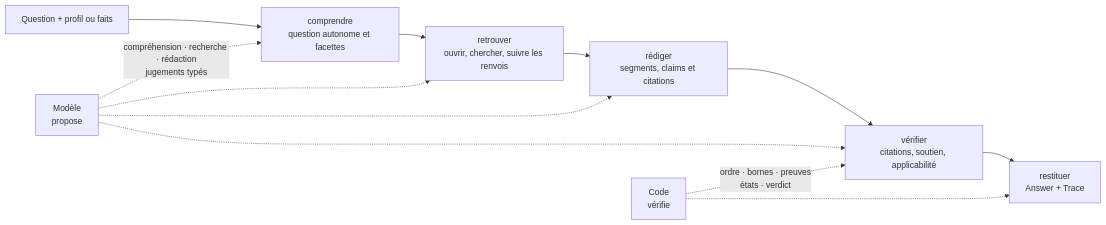
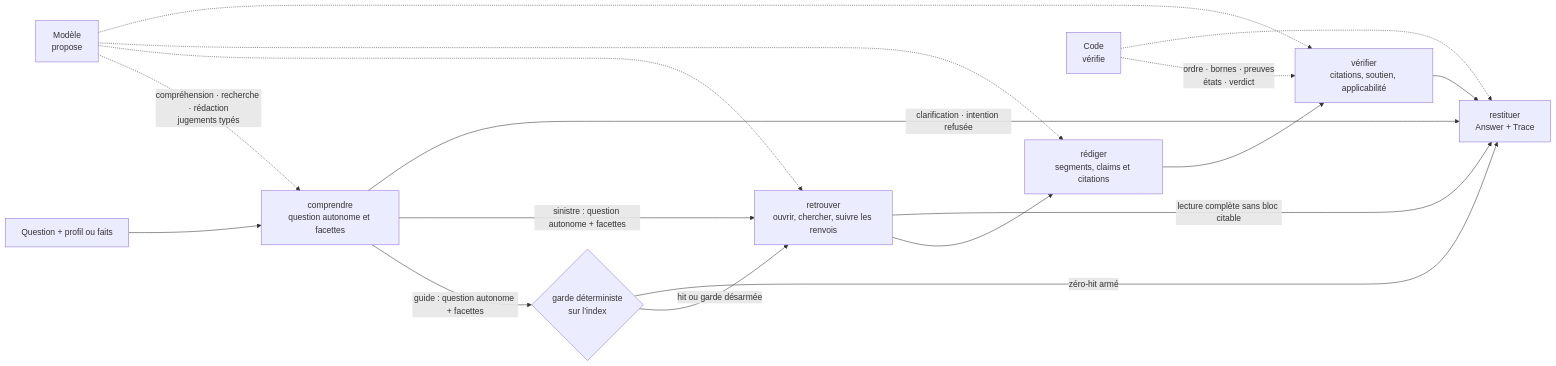
Before and after one commit to byousoku-9/foyer-retour: the first of 3 diagrams in docs/architecture.md, drawn with Mermaid. The commit also changed other lines of this file and 1 other file, not shown here.

Commit message:
docs: préciser les branches et l’ingestion

````diff
--- a/docs/architecture.md
+++ b/docs/architecture.md
@@ -18,14 +24,19 @@
 ```mermaid
 flowchart LR
   Q["Question + profil ou faits"] --> C["comprendre<br/>question autonome et facettes"]
-  C --> R["retrouver<br/>ouvrir, chercher, suivre les renvois"]
+  C -->|"guide : question autonome + facettes"| G{"garde déterministe<br/>sur l’index"}
+  G -->|"hit ou garde désarmée"| R["retrouver<br/>ouvrir, chercher, suivre les renvois"]
+  C -->|"sinistre : question autonome + facettes"| R
   R --> D["rédiger<br/>segments, claims et citations"]
   D --> V["vérifier<br/>citations, soutien, applicabilité"]
   V --> S["restituer<br/>Answer + Trace"]
+  C -->|"clarification · intention refusée"| S
+  G -->|"zéro-hit armé"| S
+  R -->|"lecture complète sans bloc citable"| S
   M["Modèle<br/>propose"] -. "compréhension · recherche · rédaction<br/>jugements typés" .-> C
   M -.-> R
   M -.-> D
   M -.-> V
   K["Code<br/>vérifie"] -. "ordre · bornes · preuves<br/>états · verdict" .-> V
   K -.-> S
 ```
````
